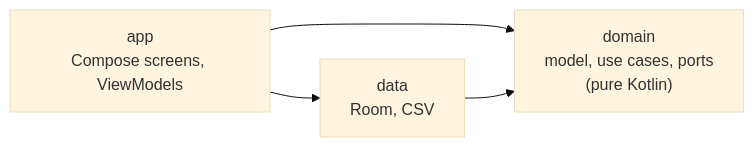
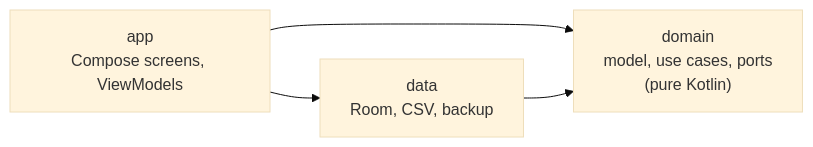
One commit to mannetje/health_journal changed the first of 2 diagrams in docs/dev/architecture.md. Above: the diagram before and after it, drawn with Mermaid (base theme). The commit also changed other lines of this file and 16 other files, not shown here.

Commit message:
docs: backup shipped; README, roadmap, CHANGELOG, dev docs updated, specs merged and the change archived

````diff
--- a/docs/dev/architecture.md
+++ b/docs/dev/architecture.md
@@ -11,7 +11,7 @@
 ```mermaid
 flowchart LR
     APP["app<br/>Compose screens, ViewModels"] --> DOMAIN
-    DATA["data<br/>Room, CSV"] --> DOMAIN
+    DATA["data<br/>Room, CSV, backup"] --> DOMAIN
     APP --> DATA
     DOMAIN["domain<br/>model, use cases, ports<br/>(pure Kotlin)"]
 ```
````
